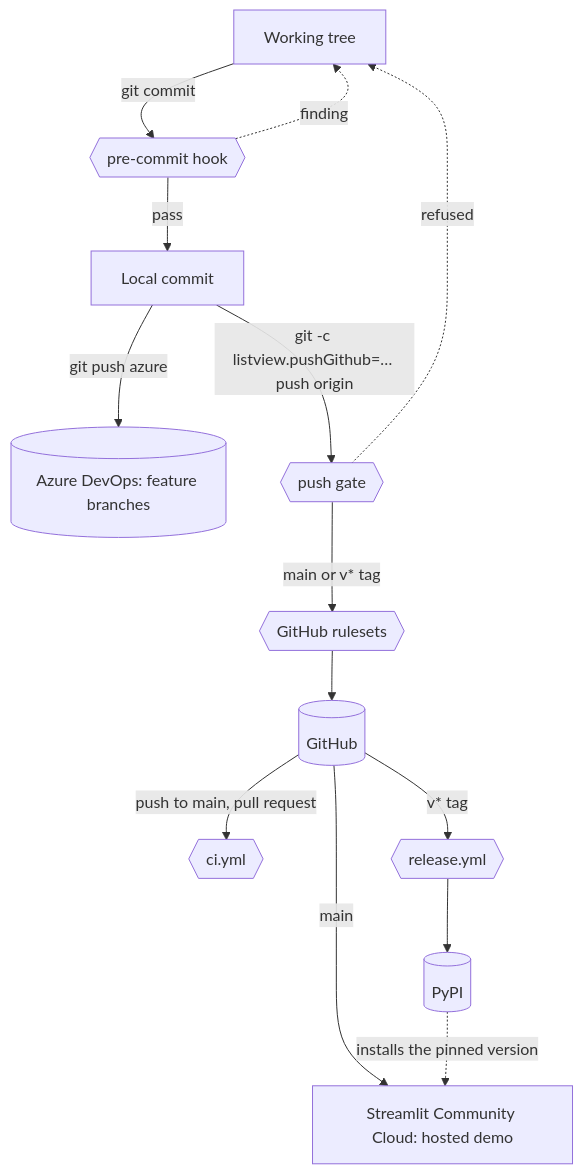
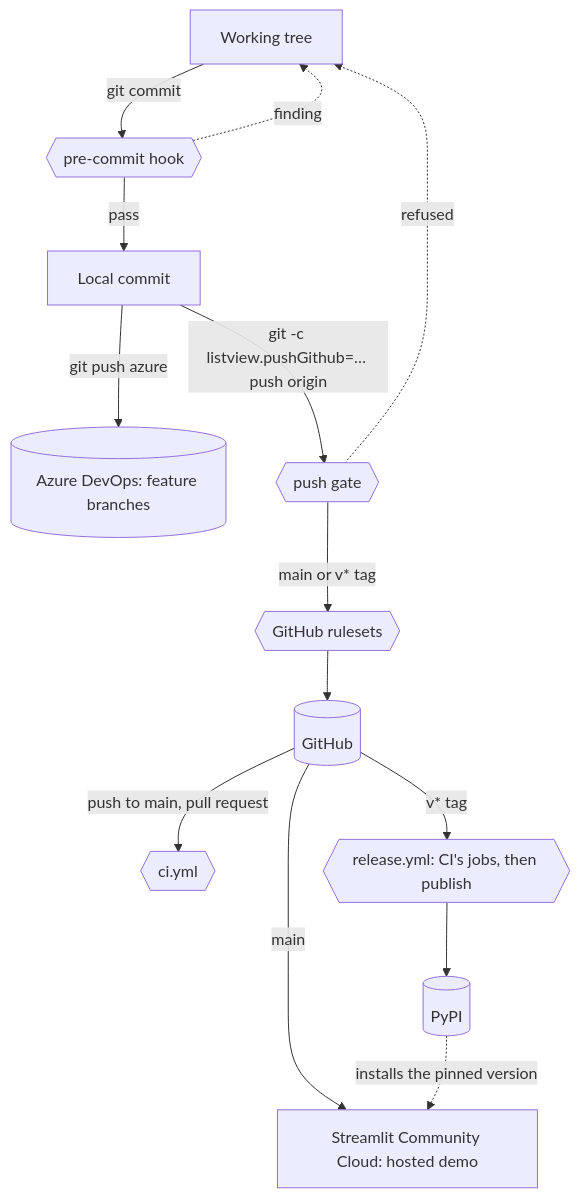
Before and after one commit to LelandGrunt/streamlit-listview: the second of 7 diagrams in HARNESS.md, drawn with Mermaid. The commit also changed other lines of this file and 8 other files, not shown here.

````diff
--- a/HARNESS.md
+++ b/HARNESS.md
@@ -43,16 +43,16 @@
 ```mermaid
 flowchart TD
     wt["Working tree"] -->|git commit| pc{{"pre-commit hook"}}
     pc -->|pass| lc["Local commit"]
     pc -.->|finding| wt
     lc -->|"git push azure"| az[("Azure DevOps: feature branches")]
     lc -->|"git -c listview.pushGithub=… push origin"| pg{{"push gate"}}
     pg -.->|refused| wt
     pg -->|"main or v* tag"| rs{{"GitHub rulesets"}}
     rs --> gh[("GitHub")]
     gh -->|"push to main, pull request"| ci{{"ci.yml"}}
-    gh -->|"v* tag"| rel{{"release.yml"}}
+    gh -->|"v* tag"| rel{{"release.yml: CI's jobs, then publish"}}
     rel --> pypi[("PyPI")]
     gh -->|main| cc["Streamlit Community Cloud: hosted demo"]
     pypi -.->|"installs the pinned version"| cc
 ```
````
